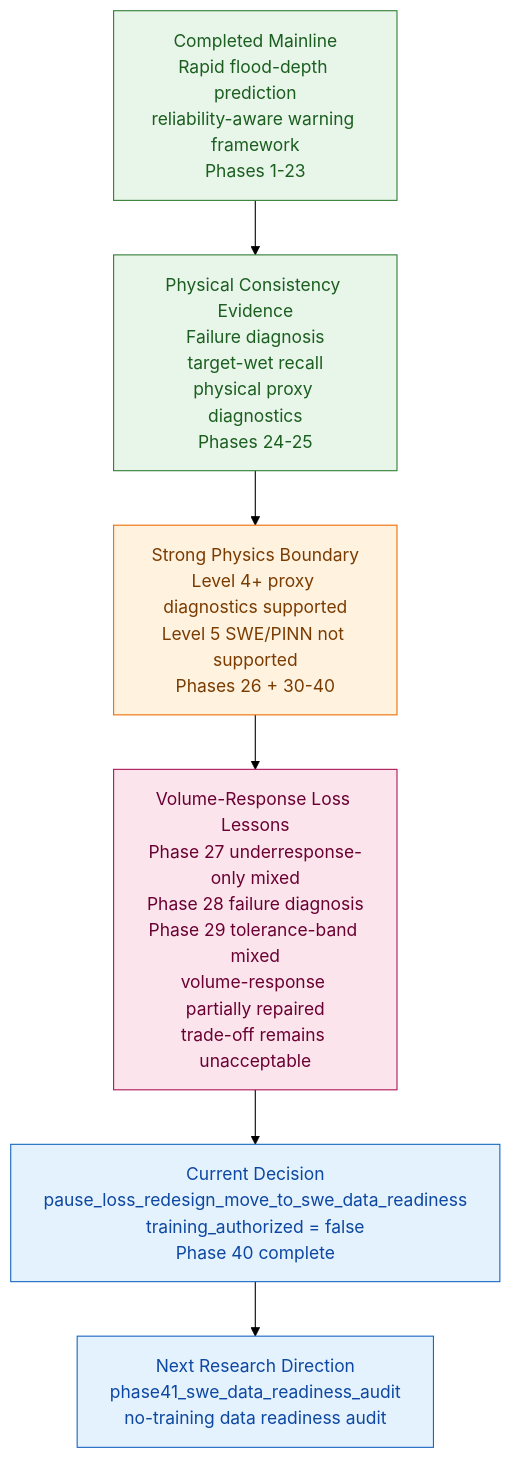
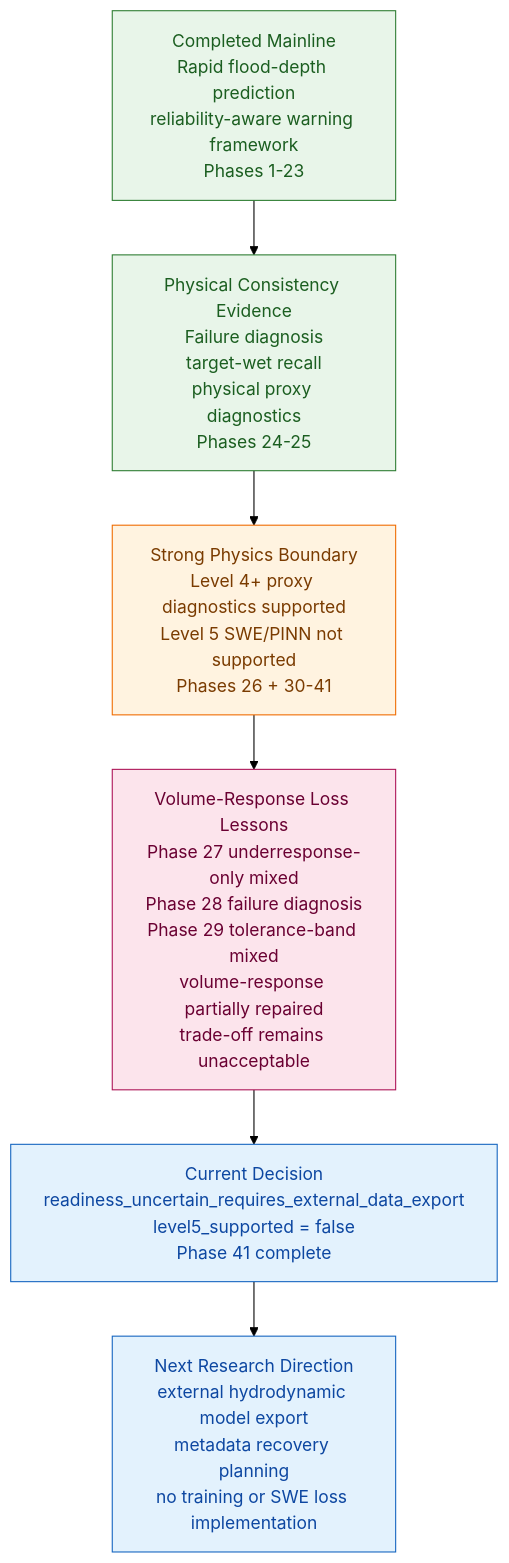
One commit to HolyLin990604/physics-guided-urban-flood-prediction changed the third of 3 diagrams in README.md. Above: the diagram before and after it, drawn with Mermaid (forest theme). The commit also changed other lines of this file and 2 other files, not shown here.

Commit message:
docs: sync phase41 swe data readiness status

````diff
--- a/README.md
+++ b/README.md
@@ -478,16 +480,16 @@
 ```mermaid
 flowchart TD
     A["Completed Mainline<br/>Rapid flood-depth prediction<br/>reliability-aware warning framework<br/>Phases 1-23"]:::completed
     B["Physical Consistency Evidence<br/>Failure diagnosis<br/>target-wet recall<br/>physical proxy diagnostics<br/>Phases 24-25"]:::completed
-    C["Strong Physics Boundary<br/>Level 4+ proxy diagnostics supported<br/>Level 5 SWE/PINN not supported<br/>Phases 26 + 30-40"]:::boundary
+    C["Strong Physics Boundary<br/>Level 4+ proxy diagnostics supported<br/>Level 5 SWE/PINN not supported<br/>Phases 26 + 30-41"]:::boundary
     D["Volume-Response Loss Lessons<br/>Phase 27 underresponse-only mixed<br/>Phase 28 failure diagnosis<br/>Phase 29 tolerance-band mixed<br/>volume-response partially repaired<br/>trade-off remains unacceptable"]:::diagnosis
-    E["Current Decision<br/>pause_loss_redesign_move_to_swe_data_readiness<br/>training_authorized = false<br/>Phase 40 complete"]:::current
-    F["Next Research Direction<br/>phase41_swe_data_readiness_audit<br/>no-training data readiness audit"]:::current
+    E["Current Decision<br/>readiness_uncertain_requires_external_data_export<br/>level5_supported = false<br/>Phase 41 complete"]:::current
+    F["Next Research Direction<br/>external hydrodynamic model export<br/>metadata recovery planning<br/>no training or SWE loss implementation"]:::current
 
     A --> B --> C --> D --> E --> F
 
     classDef completed fill:#e8f5e9,stroke:#2e7d32,color:#1b5e20
     classDef boundary fill:#fff3e0,stroke:#ef6c00,color:#7a3b00
     classDef diagnosis fill:#fce4ec,stroke:#ad1457,color:#6a0032
     classDef current fill:#e3f2fd,stroke:#1565c0,color:#0d47a1
 ```
````
